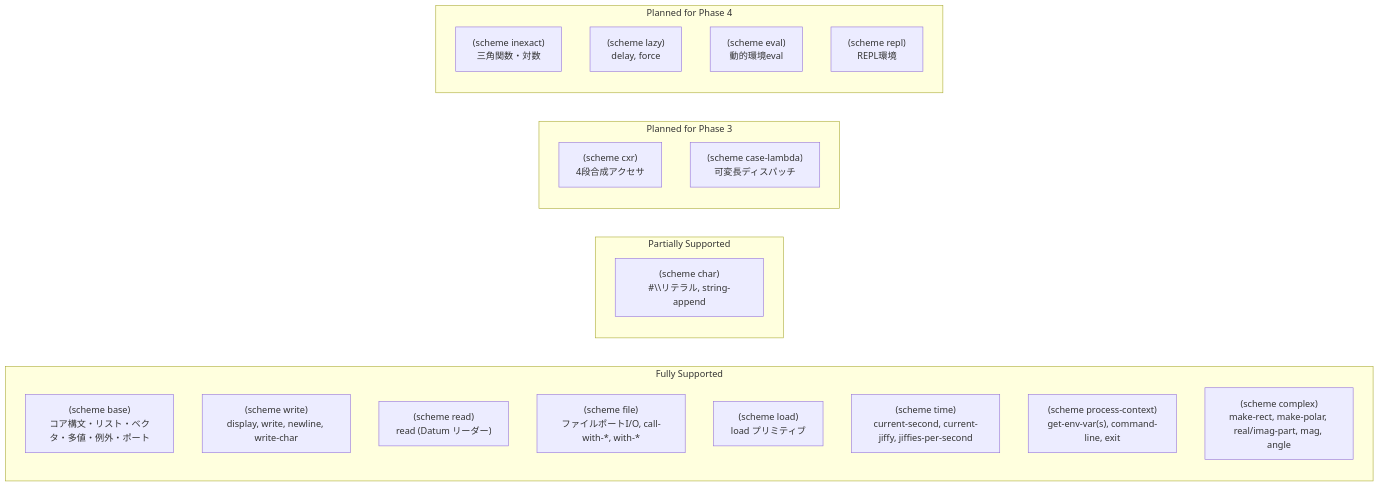
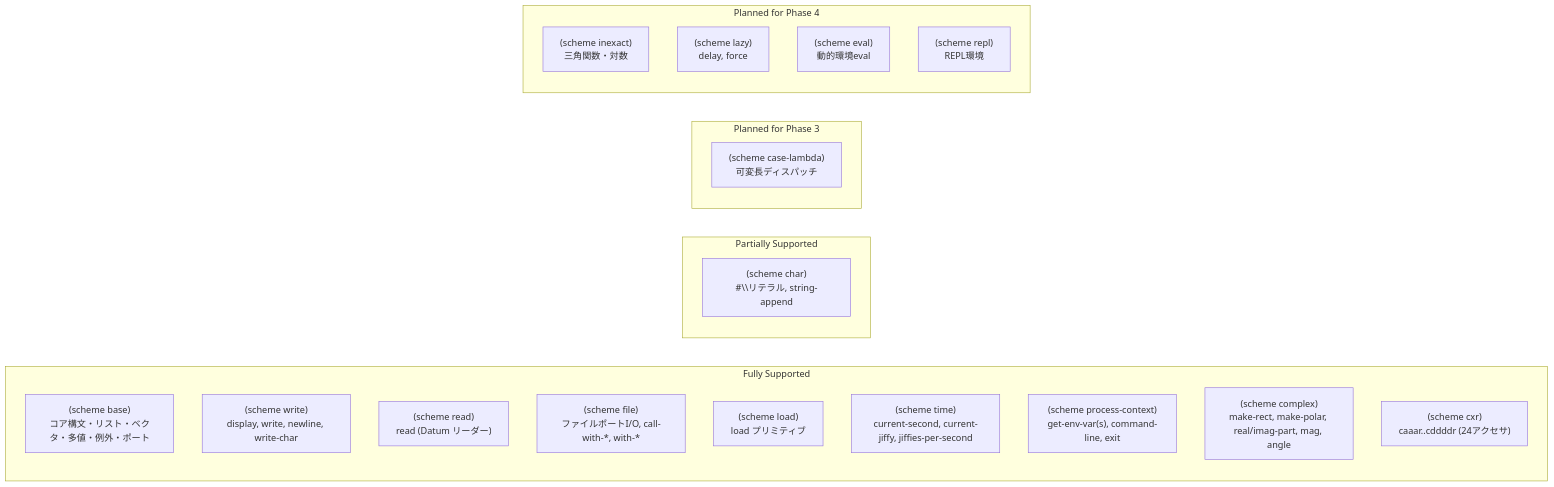
The second of 3 diagrams in ilisp/docs/SPEC_R7RS.md (rokujyouhitoma/arxiv-security-papers), drawn with Mermaid before and after one commit. The commit also changed other lines of this file and 6 other files, not shown here.

Commit message:
feat(ilisp): implement R7RS 3-step and 4-step list accessors and (scheme cxr) (Issue #471)

````diff
--- a/ilisp/docs/SPEC_R7RS.md
+++ b/ilisp/docs/SPEC_R7RS.md
@@ -335,26 +337,26 @@
 ```mermaid
 graph LR
     subgraph Fully Supported
         SB["(scheme base)<br>コア構文・リスト・ベクタ・多値・例外・ポート"]
         SW["(scheme write)<br>display, write, newline, write-char"]
         SR["(scheme read)<br>read (Datum リーダー)"]
         SF["(scheme file)<br>ファイルポートI/O, call-with-*, with-*"]
         SL["(scheme load)<br>load プリミティブ"]
         ST["(scheme time)<br>current-second, current-jiffy, jiffies-per-second"]
         SPC["(scheme process-context)<br>get-env-var(s), command-line, exit"]
         SCOM["(scheme complex)<br>make-rect, make-polar, real/imag-part, mag, angle"]
+        SCXR["(scheme cxr)<br>caaar..cddddr (24アクセサ)"]
     end
     subgraph Partially Supported
         SC["(scheme char)<br>#\\リテラル, string-append"]
     end
     subgraph Planned for Phase 3
-        SCXR["(scheme cxr)<br>4段合成アクセサ"]
         SCASE["(scheme case-lambda)<br>可変長ディスパッチ"]
     end
     subgraph Planned for Phase 4
         SI["(scheme inexact)<br>三角関数・対数"]
         SLAZY["(scheme lazy)<br>delay, force"]
         SEVAL["(scheme eval)<br>動的環境eval"]
         SREPL["(scheme repl)<br>REPL環境"]
     end
 ```
````
